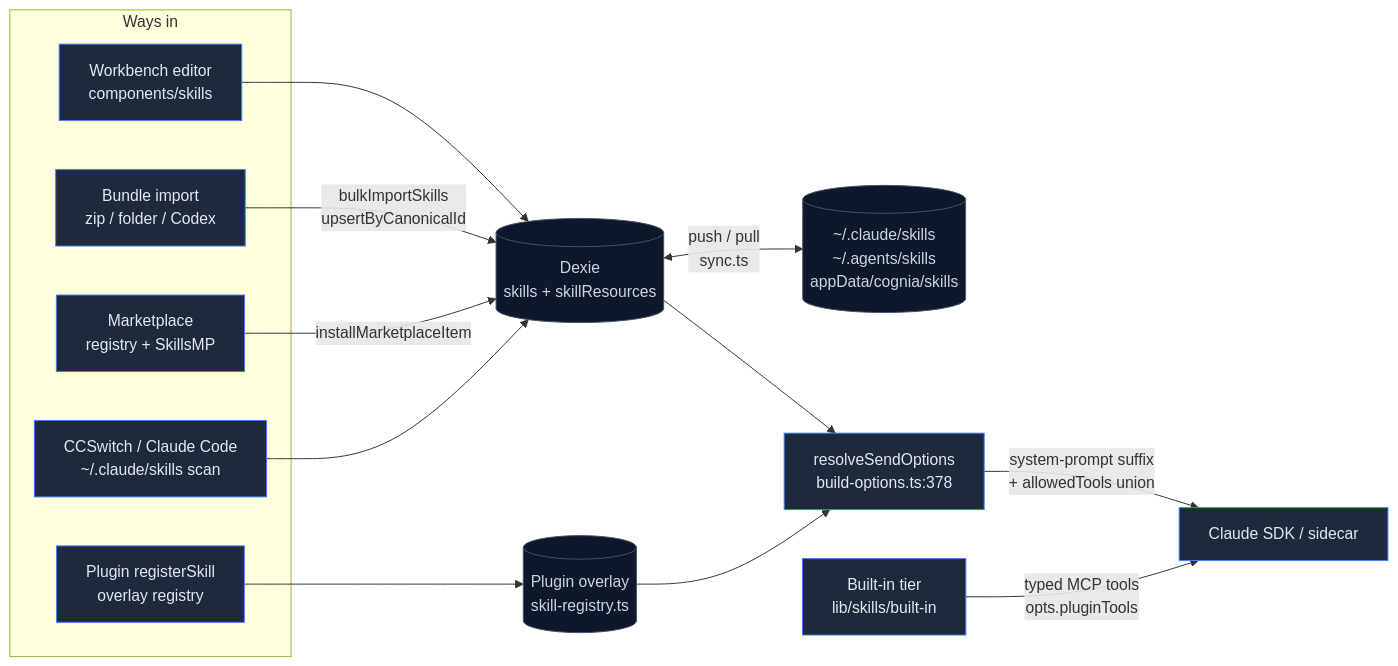
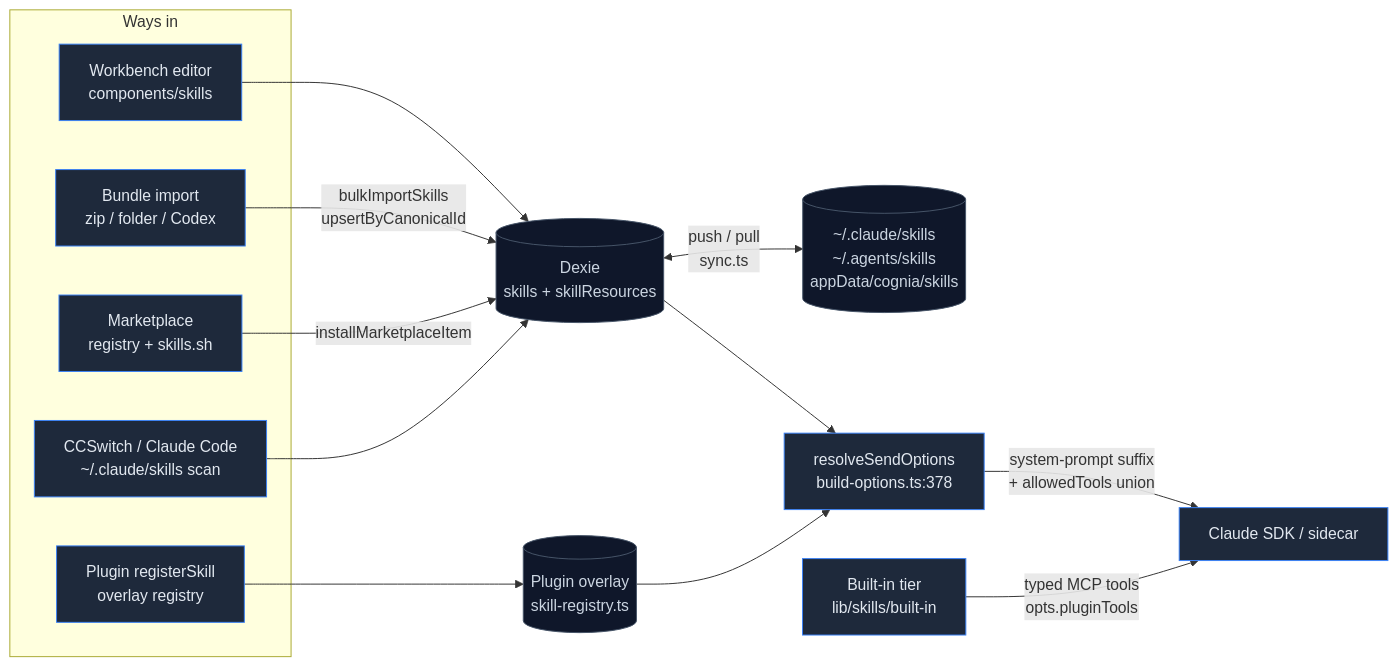
One commit to MaxQian888/cognia-next changed the diagram in docs/content/docs/en/subsystems/skills/index.mdx. Above: the diagram before and after it, drawn with Mermaid. The commit also changed other lines of this file and 11 other files, not shown here.

First line of the commit message:
docs(skills): rewrite marketplace docs for skills.sh + branch-coverage tests

````diff
--- a/docs/content/docs/en/subsystems/skills/index.mdx
+++ b/docs/content/docs/en/subsystems/skills/index.mdx
@@ -78,32 +79,32 @@
 ```mermaid
 flowchart LR
   subgraph In["Ways in"]
     WB["Workbench editor<br/>components/skills"]
     BU["Bundle import<br/>zip / folder / Codex"]
-    MP["Marketplace<br/>registry + SkillsMP"]
+    MP["Marketplace<br/>registry + skills.sh"]
     CC["CCSwitch / Claude Code<br/>~/.claude/skills scan"]
     PL["Plugin registerSkill<br/>overlay registry"]
   end
 
   DX[("Dexie<br/>skills + skillResources")]
   OV[("Plugin overlay<br/>skill-registry.ts")]
 
   WB --> DX
   BU -- "bulkImportSkills<br/>upsertByCanonicalId" --> DX
   MP -- "installMarketplaceItem" --> DX
   CC --> DX
   PL --> OV
 
   DX <-- "push / pull<br/>sync.ts" --> DISK[("~/.claude/skills<br/>~/.agents/skills<br/>appData/cognia/skills")]
 
   DX --> BO["resolveSendOptions<br/>build-options.ts:378"]
   OV --> BO
   BO -- "system-prompt suffix<br/>+ allowedTools union" --> SDK["Claude SDK / sidecar"]
 
   BI["Built-in tier<br/>lib/skills/built-in"] -- "typed MCP tools<br/>opts.pluginTools" --> SDK
 
   classDef store fill:#0f172a,stroke:#475569,color:#cbd5e1
   classDef step fill:#1e293b,stroke:#3b82f6,color:#e2e8f0
   class DX,OV,DISK store
   class WB,BU,MP,CC,PL,BO,SDK,BI step
 ```
````
